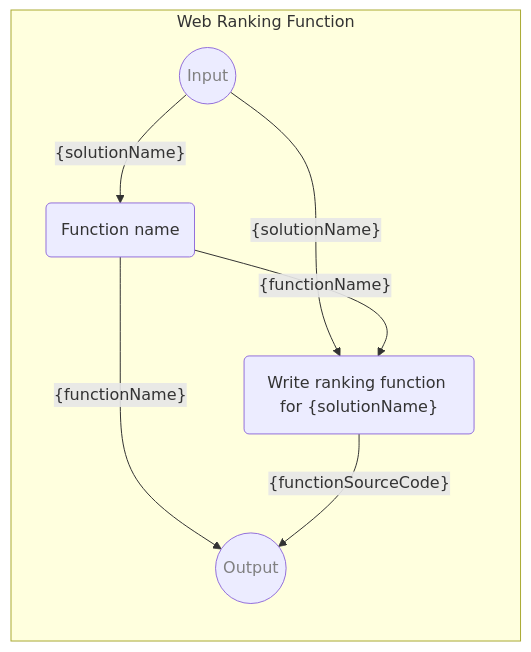
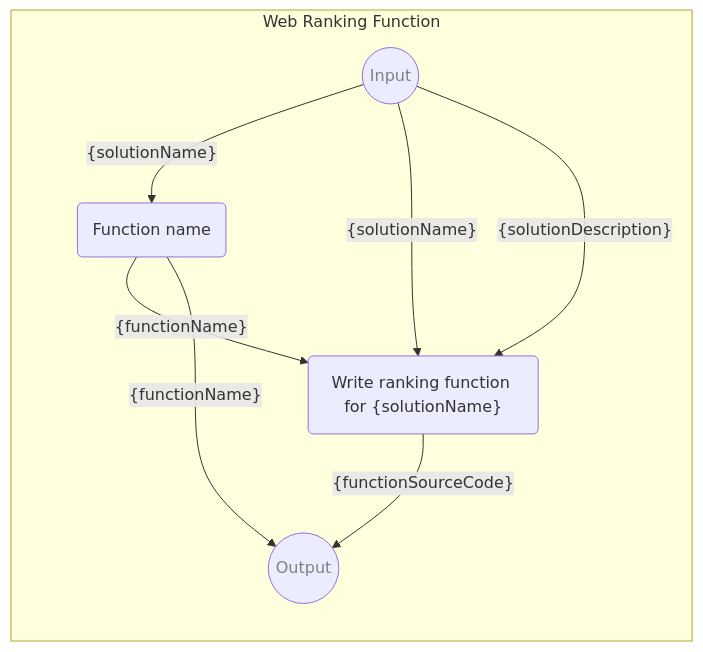
One commit to webgptorg/calculator changed the diagram in generator/promptbook/create-solution.ptbk.md. Above: the diagram before and after it, drawn with Mermaid. The commit also changed 2 other files, not shown here.

Commit message:
Fix promptbook CLI

````diff
--- a/generator/promptbook/create-solution.ptbk.md
+++ b/generator/promptbook/create-solution.ptbk.md
@@ -11,24 +11,25 @@
 ```mermaid
 %% 🔮 Tip: Open this on GitHub or in the VSCode website to see the Mermaid graph visually
 
 flowchart LR
   subgraph "Web Ranking Function"
 
       direction TB
 
       input((Input)):::input
       templateFunctionName("Function name")
       input--"{solutionName}"-->templateFunctionName
       templateWriteRankingFunctionForSolutionName("Write ranking function for {solutionName}")
       input--"{solutionName}"-->templateWriteRankingFunctionForSolutionName
+      input--"{solutionDescription}"-->templateWriteRankingFunctionForSolutionName
       templateFunctionName--"{functionName}"-->templateWriteRankingFunctionForSolutionName
 
       templateFunctionName--"{functionName}"-->output
       templateWriteRankingFunctionForSolutionName--"{functionSourceCode}"-->output
       output((Output)):::output
 
       classDef input color: grey;
       classDef output color: grey;
 
   end;
 ```
````
